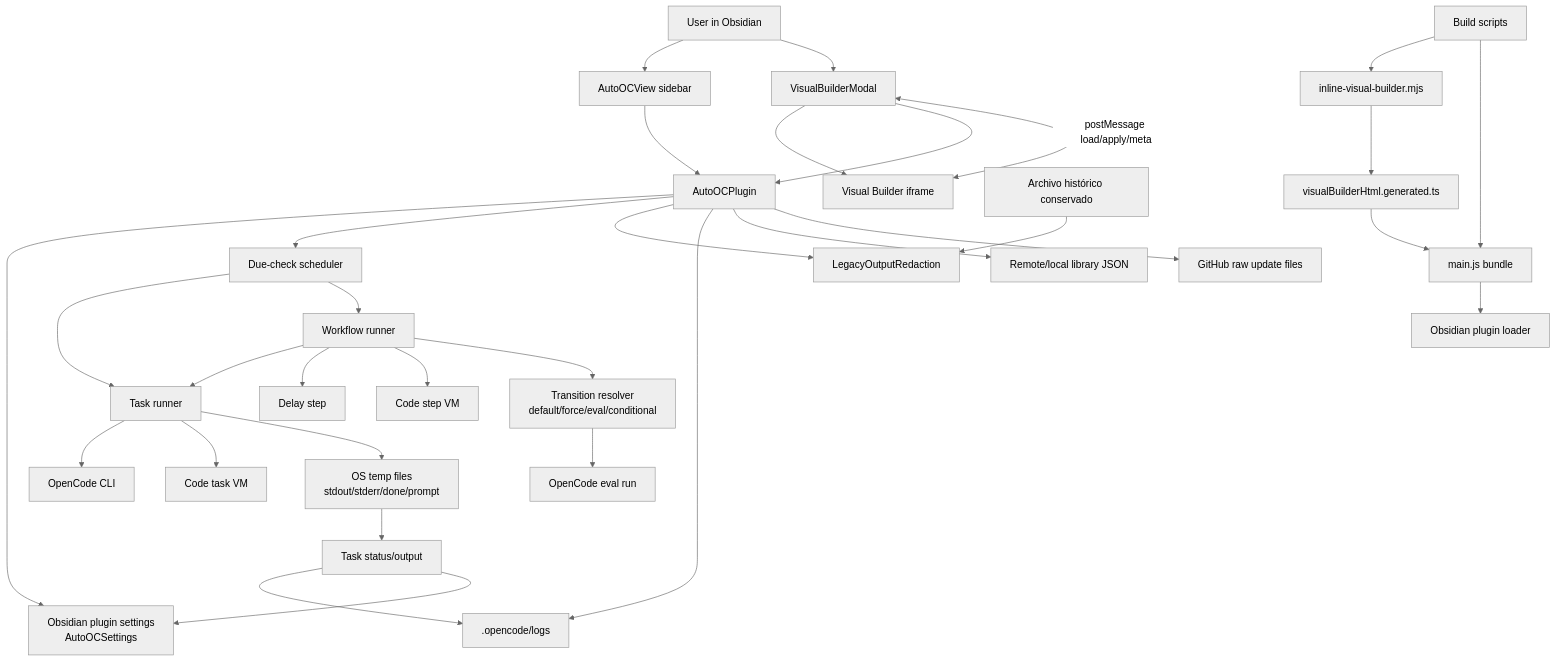
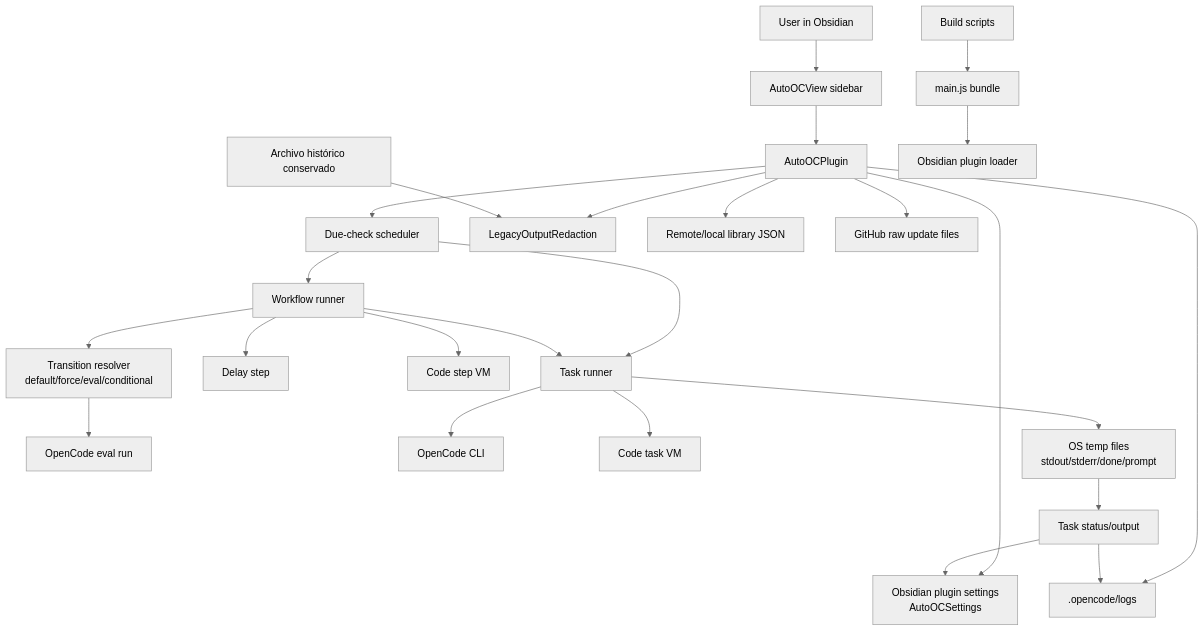
One commit to juanpega/AutoOC_obisdian_extension changed the diagram in docs/architecture.md. Above: the diagram before and after it, drawn with Mermaid (neutral theme). The commit also changed other lines of this file and 9 other files, not shown here.

````diff
--- a/docs/architecture.md
+++ b/docs/architecture.md
@@ -199,42 +201,35 @@
 ```mermaid
 flowchart TD
     User[User in Obsidian] --> View[AutoOCView sidebar]
-    User --> VBModal[VisualBuilderModal]
 
     View --> Plugin[AutoOCPlugin]
-    VBModal --> Iframe[Visual Builder iframe]
-    Iframe <-->|postMessage load/apply/meta| VBModal
-    VBModal --> Plugin
 
     Plugin --> Settings[Obsidian plugin settings\nAutoOCSettings]
     Plugin --> Scheduler[Due-check scheduler]
     Scheduler --> TaskRunner[Task runner]
     Scheduler --> WorkflowRunner[Workflow runner]
 
     WorkflowRunner --> TaskRunner
     WorkflowRunner --> DelayStep[Delay step]
     WorkflowRunner --> CodeStep[Code step VM]
     WorkflowRunner --> TransitionResolver[Transition resolver\ndefault/force/eval/conditional]
     TransitionResolver --> EvalOpenCode[OpenCode eval run]
 
     TaskRunner --> OpenCode[OpenCode CLI]
     TaskRunner --> CodeTask[Code task VM]
     TaskRunner --> TempFiles[OS temp files\nstdout/stderr/done/prompt]
     TempFiles --> TaskOutput[Task status/output]
 
     Plugin --> Redaction[LegacyOutputRedaction]
     SecretsFile[Archivo histórico conservado] --> Redaction
 
     Plugin --> Logs[.opencode/logs]
     TaskOutput --> Logs
     TaskOutput --> Settings
 
     Plugin --> Library[Remote/local library JSON]
     Plugin --> Updates[GitHub raw update files]
 
-    Build[Build scripts] --> Inline[inline-visual-builder.mjs]
-    Inline --> Generated[visualBuilderHtml.generated.ts]
-    Generated --> Bundle[main.js bundle]
-    Build --> Bundle
+    Build[Build scripts] --> Bundle[main.js bundle]
     Bundle --> Obsidian[Obsidian plugin loader]
 ```
````
